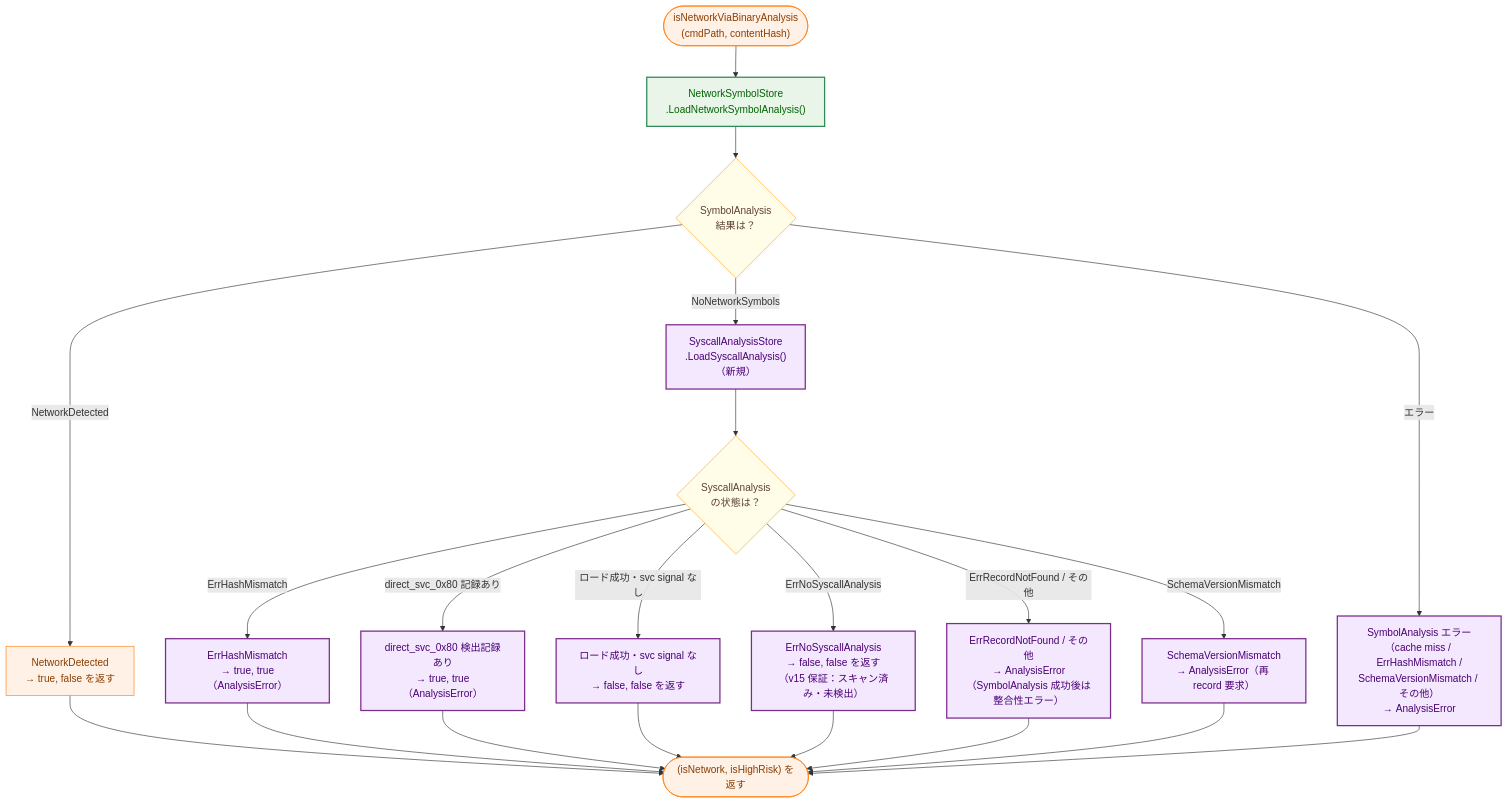
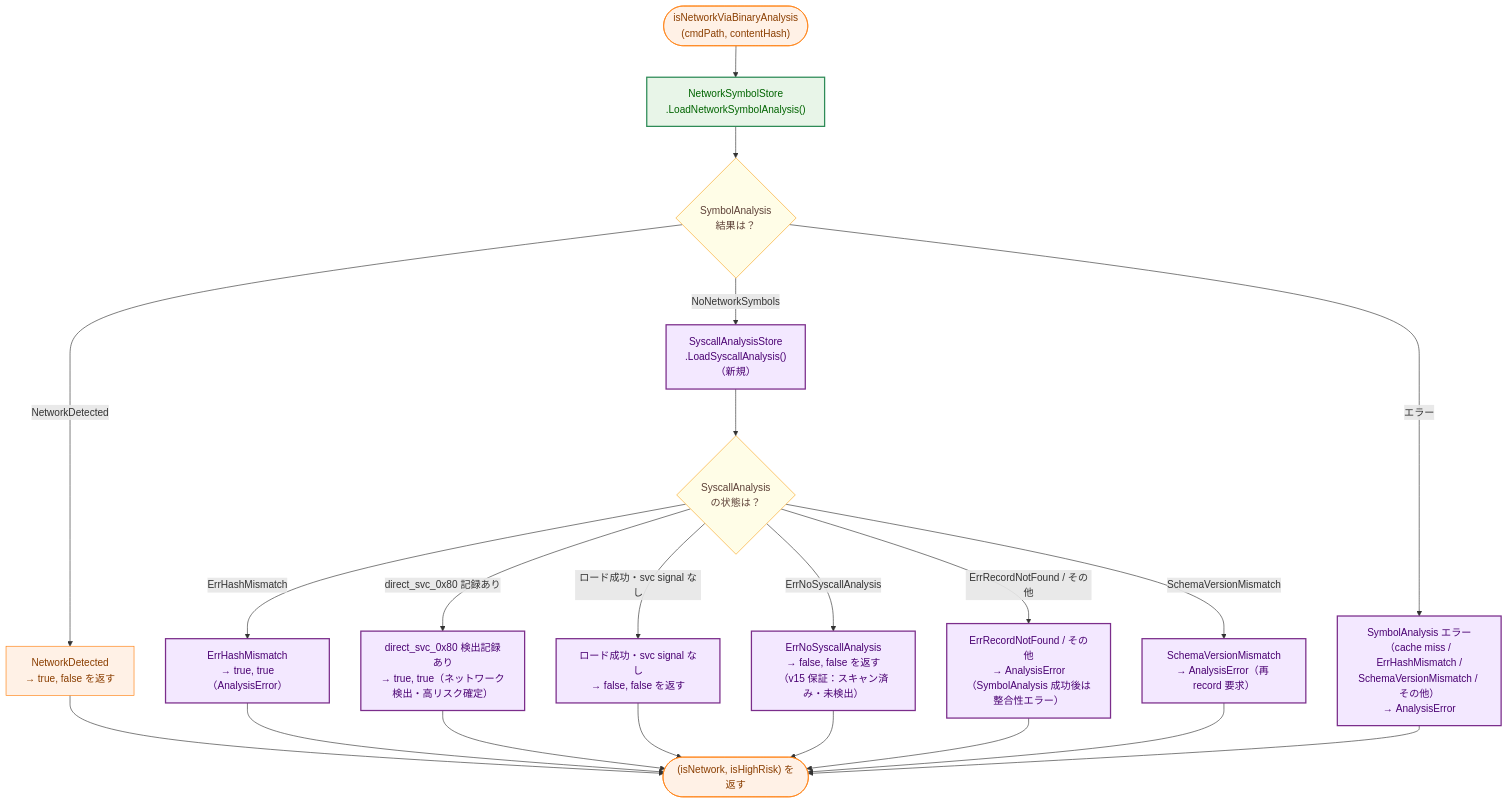
The sixth of 8 diagrams in docs/tasks/0097_macho_arm64_syscall_analysis/02_architecture.md (isseis/go-safe-cmd-runner), drawn with Mermaid before and after one commit. The commit also changed other lines of this file and 1 other file, not shown here.

First line of the commit message:
docs(0097): Distinguish svc detection from AnalysisError in requirements

````diff
--- a/docs/tasks/0097_macho_arm64_syscall_analysis/02_architecture.md
+++ b/docs/tasks/0097_macho_arm64_syscall_analysis/02_architecture.md
@@ -276,50 +276,50 @@
 ```mermaid
 flowchart TD
     classDef data fill:#e6f7ff,stroke:#1f77b4,stroke-width:1px,color:#0b3d91;
     classDef process fill:#fff1e6,stroke:#ff7f0e,stroke-width:1px,color:#8a3e00;
     classDef enhanced fill:#e8f5e8,stroke:#2e8b57,stroke-width:2px,color:#006400;
     classDef new fill:#f3e8ff,stroke:#7b2d8b,stroke-width:2px,color:#4a0072;
     classDef decision fill:#fffde7,stroke:#f9a825,stroke-width:1px,color:#5d4037;
 
     START(["isNetworkViaBinaryAnalysis<br/>(cmdPath, contentHash)"])
     LOAD_SYM["NetworkSymbolStore<br>.LoadNetworkSymbolAnalysis()"]
     CHECK_SYM{"SymbolAnalysis<br>結果は？"}
     SYM_NET["NetworkDetected<br>→ true, false を返す"]
     LOAD_SVC["SyscallAnalysisStore<br>.LoadSyscallAnalysis()<br>（新規）"]
     CHECK_SVC_RESULT{"SyscallAnalysis<br>の状態は？"}
     SVC_HASH_ERR["ErrHashMismatch<br>→ true, true（AnalysisError）"]
-    SVC_HIT["direct_svc_0x80 検出記録あり<br>→ true, true（AnalysisError）"]
+    SVC_HIT["direct_svc_0x80 検出記録あり<br>→ true, true（ネットワーク検出・高リスク確定）"]
     SVC_SAFE["ロード成功・svc signal なし<br>→ false, false を返す"]
     SVC_ERR["ErrNoSyscallAnalysis<br>→ false, false を返す<br>（v15 保証：スキャン済み・未検出）"]
     SVC_NOT_FOUND["ErrRecordNotFound / その他<br>→ AnalysisError<br>（SymbolAnalysis 成功後は整合性エラー）"]
     SVC_SCHEMA["SchemaVersionMismatch<br>→ AnalysisError（再 record 要求）"]
     SYM_ERR["SymbolAnalysis エラー<br>（cache miss / ErrHashMismatch /<br>SchemaVersionMismatch / その他）<br>→ AnalysisError"]
     RETURN(["(isNetwork, isHighRisk) を返す"])
 
     START --> LOAD_SYM
     LOAD_SYM --> CHECK_SYM
     CHECK_SYM -->|"NetworkDetected"| SYM_NET
     CHECK_SYM -->|"NoNetworkSymbols"| LOAD_SVC
     CHECK_SYM -->|"エラー"| SYM_ERR
     LOAD_SVC --> CHECK_SVC_RESULT
     CHECK_SVC_RESULT -->|"ErrHashMismatch"| SVC_HASH_ERR
     CHECK_SVC_RESULT -->|"direct_svc_0x80 記録あり"| SVC_HIT
     CHECK_SVC_RESULT -->|"ロード成功・svc signal なし"| SVC_SAFE
     CHECK_SVC_RESULT -->|"ErrNoSyscallAnalysis"| SVC_ERR
     CHECK_SVC_RESULT -->|"ErrRecordNotFound / その他"| SVC_NOT_FOUND
     CHECK_SVC_RESULT -->|"SchemaVersionMismatch"| SVC_SCHEMA
     SYM_ERR --> RETURN
     SVC_NOT_FOUND --> RETURN
     SVC_ERR --> RETURN
     SVC_SCHEMA --> RETURN
     SYM_NET --> RETURN
     SVC_HASH_ERR --> RETURN
     SVC_HIT --> RETURN
     SVC_SAFE --> RETURN
 
     class START,RETURN,SYM_NET process;
     class CHECK_SYM,CHECK_SVC_RESULT decision;
     class LOAD_SYM enhanced;
     class LOAD_SVC new;
     class SVC_HIT,SVC_HASH_ERR,SVC_SAFE,SVC_ERR,SVC_NOT_FOUND,SVC_SCHEMA,SYM_ERR new;
 ```
````
